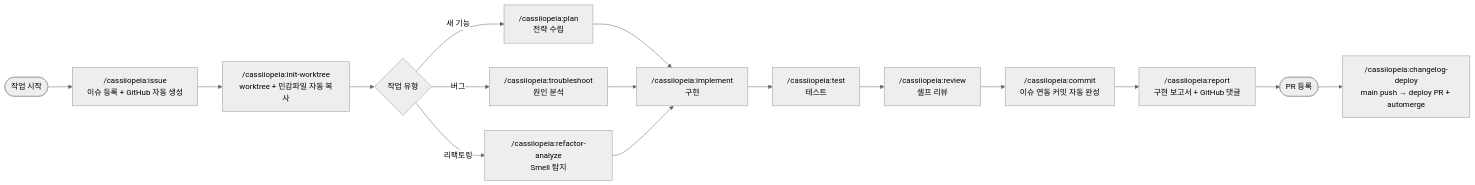
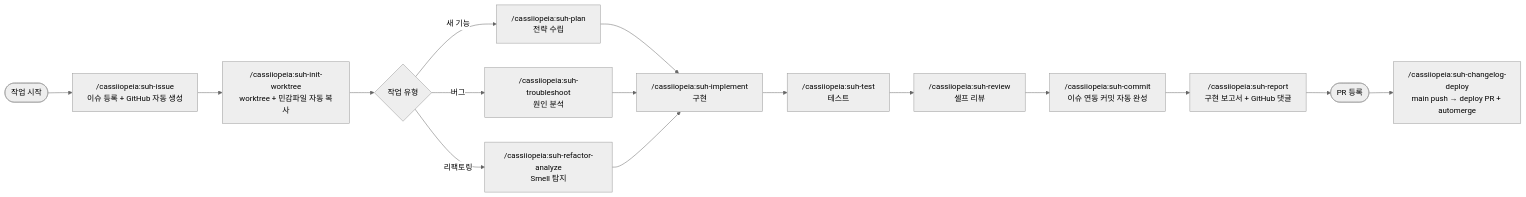
Before and after one commit to Cassiiopeia/SUH-DEVOPS-TEMPLATE: the first of 2 diagrams in README.md, drawn with Mermaid (neutral theme). The commit also changed other lines of this file and 101 other files, not shown here.

Commit message:
모든 스킬명에 suh- prefix 적용 : feat : cassiiopeia 플러그인 스킬명 충돌 방지를 위해 전체 suh- prefix 추가 https://github.com/Cassiiopeia/SUH-DEVOPS-TEMPLATE/issues/299

````diff
--- a/README.md
+++ b/README.md
@@ -41,18 +41,18 @@
 ```mermaid
 flowchart LR
-    A([작업 시작]) --> B["/cassiiopeia:issue\n이슈 등록 + GitHub 자동 생성"]
-    B --> C["/cassiiopeia:init-worktree\nworktree + 민감파일 자동 복사"]
+    A([작업 시작]) --> B["/cassiiopeia:suh-issue\n이슈 등록 + GitHub 자동 생성"]
+    B --> C["/cassiiopeia:suh-init-worktree\nworktree + 민감파일 자동 복사"]
     C --> D{작업 유형}
 
-    D -->|새 기능| E1["/cassiiopeia:plan\n전략 수립"]
-    D -->|버그| E2["/cassiiopeia:troubleshoot\n원인 분석"]
-    D -->|리팩토링| E3["/cassiiopeia:refactor-analyze\nSmell 탐지"]
+    D -->|새 기능| E1["/cassiiopeia:suh-plan\n전략 수립"]
+    D -->|버그| E2["/cassiiopeia:suh-troubleshoot\n원인 분석"]
+    D -->|리팩토링| E3["/cassiiopeia:suh-refactor-analyze\nSmell 탐지"]
 
-    E1 & E2 & E3 --> F["/cassiiopeia:implement\n구현"]
-    F --> G["/cassiiopeia:test\n테스트"]
-    G --> H["/cassiiopeia:review\n셀프 리뷰"]
-    H --> I["/cassiiopeia:commit\n이슈 연동 커밋 자동 완성"]
-    I --> J["/cassiiopeia:report\n구현 보고서 + GitHub 댓글"]
+    E1 & E2 & E3 --> F["/cassiiopeia:suh-implement\n구현"]
+    F --> G["/cassiiopeia:suh-test\n테스트"]
+    G --> H["/cassiiopeia:suh-review\n셀프 리뷰"]
+    H --> I["/cassiiopeia:suh-commit\n이슈 연동 커밋 자동 완성"]
+    I --> J["/cassiiopeia:suh-report\n구현 보고서 + GitHub 댓글"]
     J --> K([PR 등록])
-    K --> L["/cassiiopeia:changelog-deploy\nmain push → deploy PR + automerge"]
+    K --> L["/cassiiopeia:suh-changelog-deploy\nmain push → deploy PR + automerge"]
 ```
````
